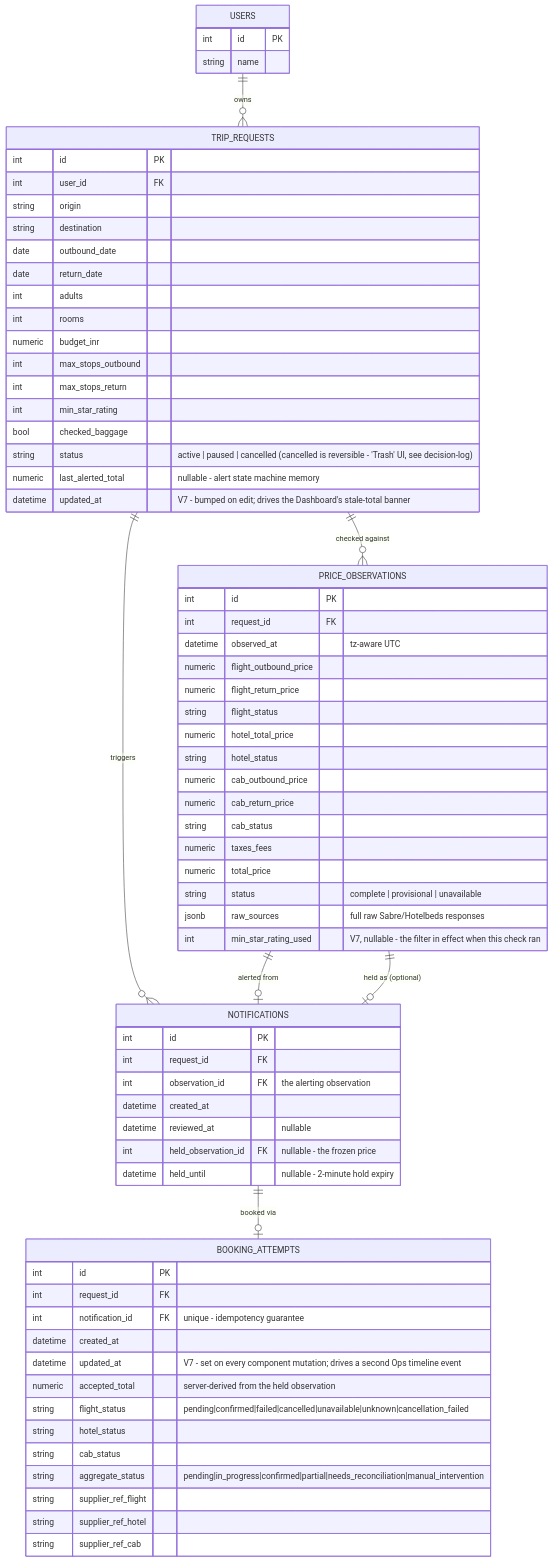
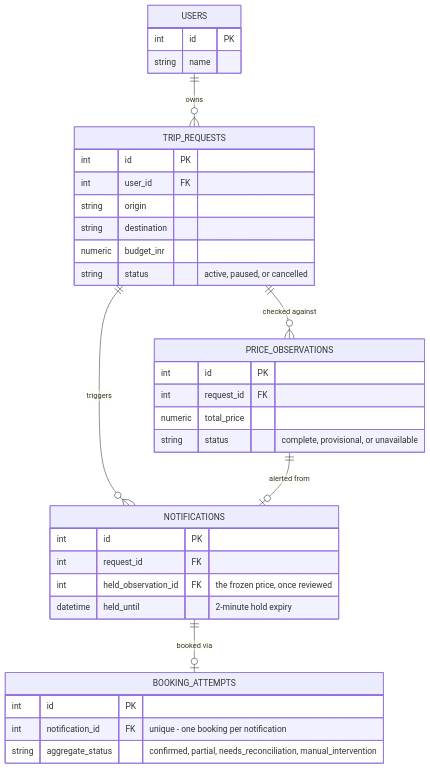
Before and after one commit to abhinavsingh-official/tavora-trip-watch: the second of 3 diagrams in docs/HOW_IT_WORKS.md, drawn with Mermaid. The commit also changed other lines of this file, not shown here.

Commit message:
Simplify diagrams, add a worked example with real-looking data

````diff
--- a/docs/HOW_IT_WORKS.md
+++ b/docs/HOW_IT_WORKS.md
@@ -45,74 +40,38 @@
 ```mermaid
 erDiagram
     USERS ||--o{ TRIP_REQUESTS : owns
     TRIP_REQUESTS ||--o{ PRICE_OBSERVATIONS : "checked against"
     TRIP_REQUESTS ||--o{ NOTIFICATIONS : triggers
     PRICE_OBSERVATIONS ||--o| NOTIFICATIONS : "alerted from"
-    PRICE_OBSERVATIONS ||--o| NOTIFICATIONS : "held as (optional)"
     NOTIFICATIONS ||--o| BOOKING_ATTEMPTS : "booked via"
 
     USERS {
         int id PK
         string name
     }
     TRIP_REQUESTS {
         int id PK
         int user_id FK
         string origin
         string destination
-        date outbound_date
-        date return_date
-        int adults
-        int rooms
         numeric budget_inr
-        int max_stops_outbound
-        int max_stops_return
-        int min_star_rating
-        bool checked_baggage
-        string status "active | paused | cancelled (cancelled is reversible - 'Trash' UI, see decision-log)"
-        numeric last_alerted_total "nullable - alert state machine memory"
-        datetime updated_at "V7 - bumped on edit; drives the Dashboard's stale-total banner"
+        string status "active, paused, or cancelled"
     }
     PRICE_OBSERVATIONS {
         int id PK
         int request_id FK
-        datetime observed_at "tz-aware UTC"
-        numeric flight_outbound_price
-        numeric flight_return_price
-        string flight_status
-        numeric hotel_total_price
-        string hotel_status
-        numeric cab_outbound_price
-        numeric cab_return_price
-        string cab_status
-        numeric taxes_fees
         numeric total_price
-        string status "complete | provisional | unavailable"
-        jsonb raw_sources "full raw Sabre/Hotelbeds responses"
-        int min_star_rating_used "V7, nullable - the filter in effect when this check ran"
+        string status "complete, provisional, or unavailable"
     }
     NOTIFICATIONS {
         int id PK
         int request_id FK
-        int observation_id FK "the alerting observation"
-        datetime created_at
-        datetime reviewed_at "nullable"
-        int held_observation_id FK "nullable - the frozen price"
-        datetime held_until "nullable - 2-minute hold expiry"
+        int held_observation_id FK "the frozen price, once reviewed"
+        datetime held_until "2-minute hold expiry"
     }
     BOOKING_ATTEMPTS {
         int id PK
-        int request_id FK
-        int notification_id FK "unique - idempotency guarantee"
-        datetime created_at
-        datetime updated_at "V7 - set on every component mutation; drives a second Ops timeline event"
-        numeric accepted_total "server-derived from the held observation"
-        string flight_status "pending|confirmed|failed|cancelled|unavailable|unknown|cancellation_failed"
-        string hotel_status
-        string cab_status
-        string aggregate_status "pending|in_progress|confirmed|partial|needs_reconciliation|manual_intervention"
-        string supplier_ref_flight
-        string supplier_ref_hotel
-        string supplier_ref_cab
+        int notification_id FK "unique - one booking per notification"
+        string aggregate_status "confirmed, partial, needs_reconciliation, manual_intervention"
     }
 ```
````
